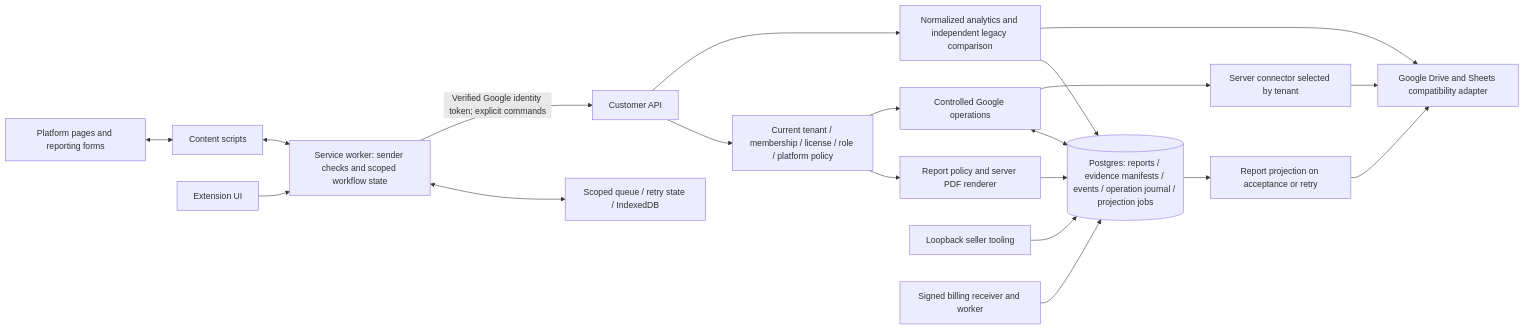
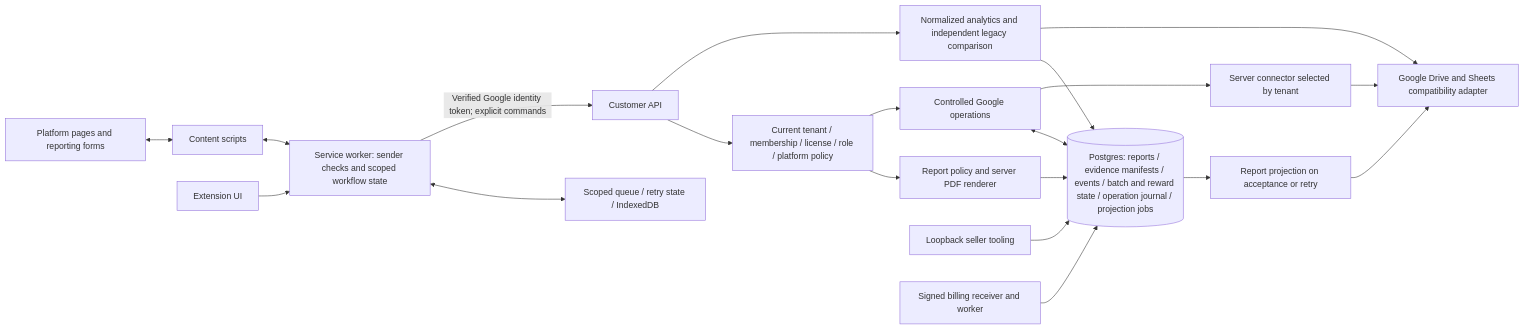
Before and after one commit to IfromStatefarm/Flo-Pirate-Report-2.0: the first of 2 diagrams in docs/architecture/IMPLEMENTATION_STATUS.md, drawn with Mermaid. The commit also changed other lines of this file and 58 other files, not shown here.

````diff
--- a/docs/architecture/IMPLEMENTATION_STATUS.md
+++ b/docs/architecture/IMPLEMENTATION_STATUS.md
@@ -25,22 +27,22 @@
 ```mermaid
 flowchart LR
   Pages[Platform pages and reporting forms] <--> Content[Content scripts]
   UI[Extension UI] --> Worker[Service worker: sender checks and scoped workflow state]
   Content <--> Worker
   Worker <--> Local[Scoped queue / retry state / IndexedDB]
   Worker -->|Verified Google identity token; explicit commands| API[Customer API]
   API --> Policy[Current tenant / membership / license / role / platform policy]
   Policy --> Reports[Report policy and server PDF renderer]
   Policy --> GoogleOps[Controlled Google operations]
-  Reports --> PG[(Postgres: reports / evidence manifests / events / operation journal / projection jobs)]
+  Reports --> PG[(Postgres: reports / evidence manifests / events / batch and reward state / operation journal / projection jobs)]
   GoogleOps <--> PG
   GoogleOps --> Connector[Server connector selected by tenant]
   Connector --> Google[Google Drive and Sheets compatibility adapter]
   PG --> Projector[Report projection on acceptance or retry]
   Projector --> Google
   API --> Analytics[Normalized analytics and independent legacy comparison]
   Analytics --> PG
   Analytics --> Google
   Seller[Loopback seller tooling] --> PG
   Billing[Signed billing receiver and worker] --> PG
 ```
````
